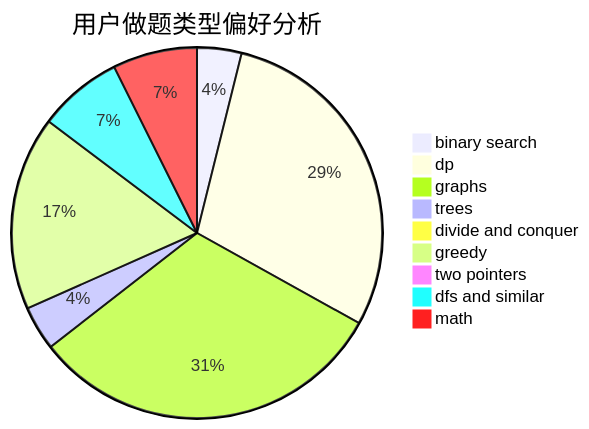
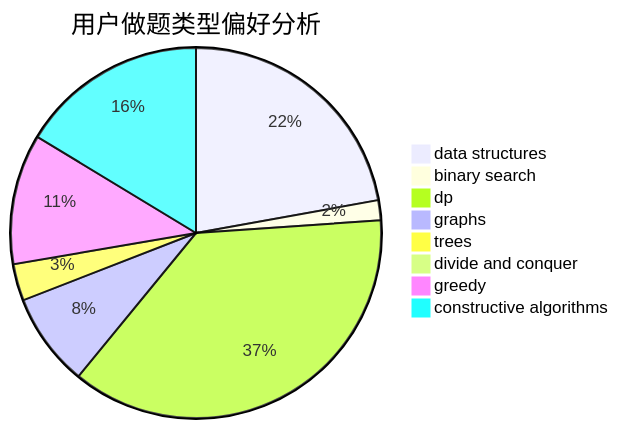
One commit to sherpahu/cfrs.github.io changed the second of 3 diagrams in docs/user/u696.md. Above: the diagram before and after it, drawn with Mermaid. The commit also changed other lines of this file and 2775 other files, not shown here.

````diff
--- a/docs/user/u696.md
+++ b/docs/user/u696.md
@@ -23,12 +23,11 @@
 ```mermaid
 pie title 用户做题类型偏好分析
-    "binary search" :  30
-    "dp" :  226
-    "graphs" :  243
-    "trees" :  30
-    "divide and conquer" :  4
-    "greedy" :  131
-    "two pointers" :  4
-    "dfs and similar" :  57
-    "math" :  57
+    "data structures" :  76
+    "binary search" :  6
+    "dp" :  127
+    "graphs" :  28
+    "trees" :  11
+    "divide and conquer" :  0
+    "greedy" :  39
+    "constructive algorithms" :  56
 ```
````
